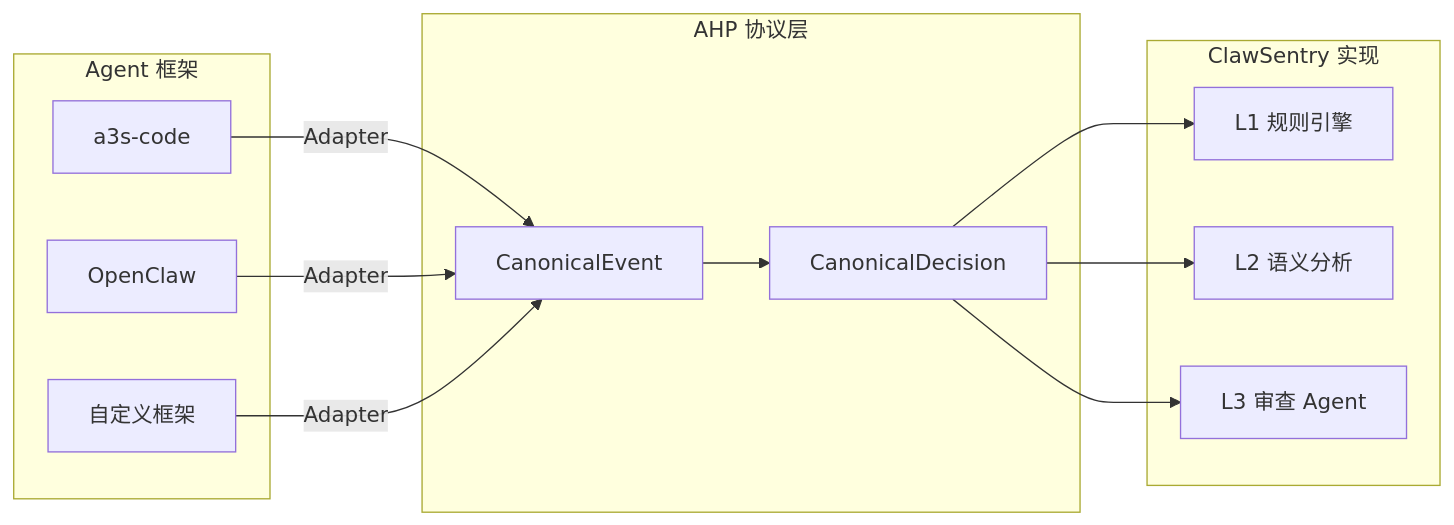
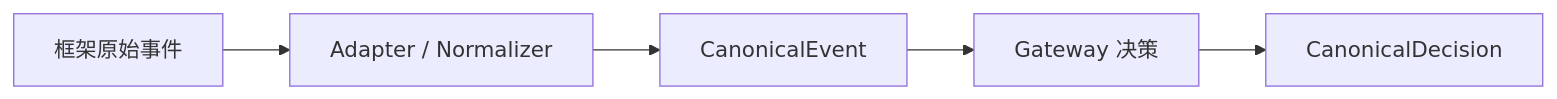
One commit to Elroyper/ClawSentry changed the diagram in site-docs/getting-started/concepts.md. Above: the diagram before and after it, drawn with Mermaid. The commit also changed other lines of this file and 52 other files, not shown here.

````diff
--- a/site-docs/getting-started/concepts.md
+++ b/site-docs/getting-started/concepts.md
@@ -18,18 +35,7 @@
 ```mermaid
-graph LR
-    subgraph "AHP 协议层"
-        E[CanonicalEvent] --> D[CanonicalDecision]
-    end
-
-    subgraph "Agent 框架"
-        A1[a3s-code] -->|Adapter| E
-        A2[OpenClaw] -->|Adapter| E
-        A3[自定义框架] -->|Adapter| E
-    end
-
-    subgraph "ClawSentry 实现"
-        D --> L1[L1 规则引擎]
-        D --> L2[L2 语义分析]
-        D --> L3[L3 审查 Agent]
-    end
+flowchart LR
+    A[框架原始事件] --> B[Adapter / Normalizer]
+    B --> C[CanonicalEvent]
+    C --> D[Gateway 决策]
+    D --> E[CanonicalDecision]
 ```
````
